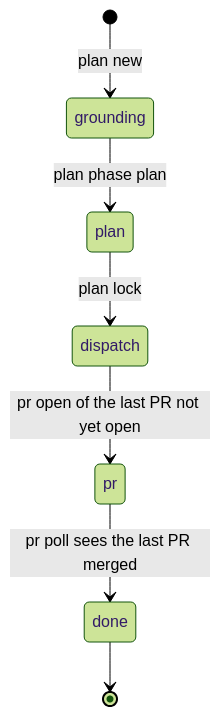
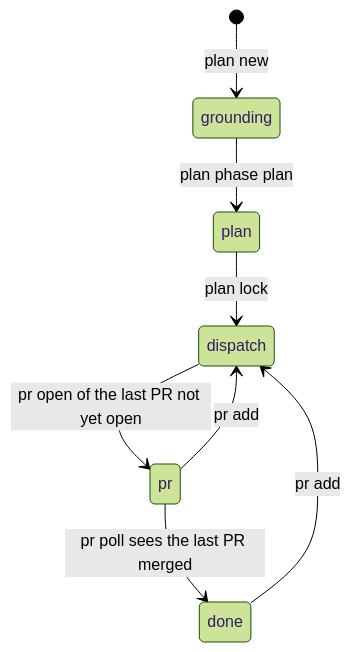
The second of 5 diagrams in docs/contract.md (clayton-duarte/cpd), drawn with Mermaid (forest theme) before and after one commit. The commit also changed other lines of this file and 2 other files, not shown here.

````diff
--- a/docs/contract.md
+++ b/docs/contract.md
@@ -392,9 +392,10 @@
 ```mermaid
 stateDiagram-v2
   [*] --> grounding: plan new
   grounding --> plan: plan phase plan
   plan --> dispatch: plan lock
   dispatch --> pr: pr open of the last PR not yet open
   pr --> done: pr poll sees the last PR merged
-  done --> [*]
+  pr --> dispatch: pr add
+  done --> dispatch: pr add
 ```
````
